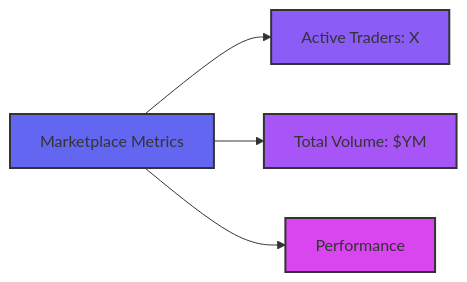
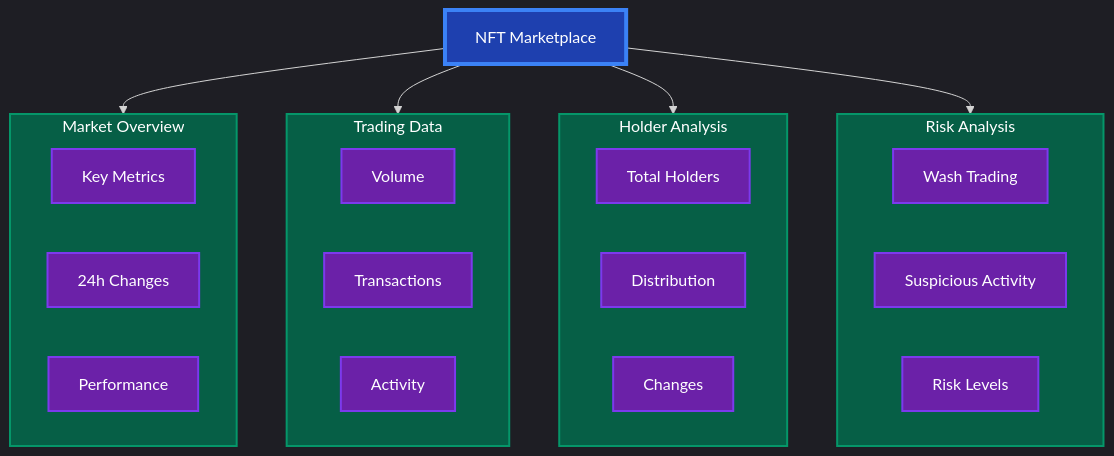
Before and after one commit to Ujjwalmittal1907/bitsBlockBazaar: the second of 3 diagrams in VISION.md, drawn with Mermaid. The commit also changed other lines of this file and 21 other files, not shown here.

````diff
--- a/VISION.md
+++ b/VISION.md
@@ -27,11 +64,45 @@
 ```mermaid
-graph LR
-    A[Marketplace Metrics] --> B[Active Traders: X]
-    A --> C[Total Volume: $YM]
-    A --> D[Performance]
+%%{init: {'theme': 'dark', 'themeVariables': { 'fontSize': '16px', 'fontFamily': 'arial' }}}%%
+flowchart TB
+    classDef default fill:#2A2A2A,stroke:#666,color:#FFF,stroke-width:2px
+    classDef primary fill:#1E3A8A,stroke:#2563EB,color:#FFF,stroke-width:2px
+    classDef secondary fill:#065F46,stroke:#059669,color:#FFF,stroke-width:2px
+    classDef tertiary fill:#6B21A8,stroke:#7C3AED,color:#FFF,stroke-width:2px
     
-    style A fill:#6366f1,stroke:#333,stroke-width:2px
-    style B fill:#8b5cf6,stroke:#333,stroke-width:2px
-    style C fill:#a855f7,stroke:#333,stroke-width:2px
-    style D fill:#d946ef,stroke:#333,stroke-width:2px
+    A[NFT Marketplace]:::primary
+    
+    subgraph Overview[Market Overview]
+        B1[Key Metrics]:::tertiary
+        B2[24h Changes]:::tertiary
+        B3[Performance]:::tertiary
+    end
+    
+    subgraph Trading[Trading Data]
+        C1[Volume]:::tertiary
+        C2[Transactions]:::tertiary
+        C3[Activity]:::tertiary
+    end
+    
+    subgraph Holders[Holder Analysis]
+        D1[Total Holders]:::tertiary
+        D2[Distribution]:::tertiary
+        D3[Changes]:::tertiary
+    end
+    
+    subgraph Risk[Risk Analysis]
+        E1[Wash Trading]:::tertiary
+        E2[Suspicious Activity]:::tertiary
+        E3[Risk Levels]:::tertiary
+    end
+    
+    A --> Overview:::secondary
+    A --> Trading:::secondary
+    A --> Holders:::secondary
+    A --> Risk:::secondary
+    
+    style A fill:#1E40AF,stroke:#3B82F6,stroke-width:4px,color:#FFF
+    style Overview fill:#065F46,stroke:#059669,color:#FFF
+    style Trading fill:#065F46,stroke:#059669,color:#FFF
+    style Holders fill:#065F46,stroke:#059669,color:#FFF
+    style Risk fill:#065F46,stroke:#059669,color:#FFF
 ```
````
